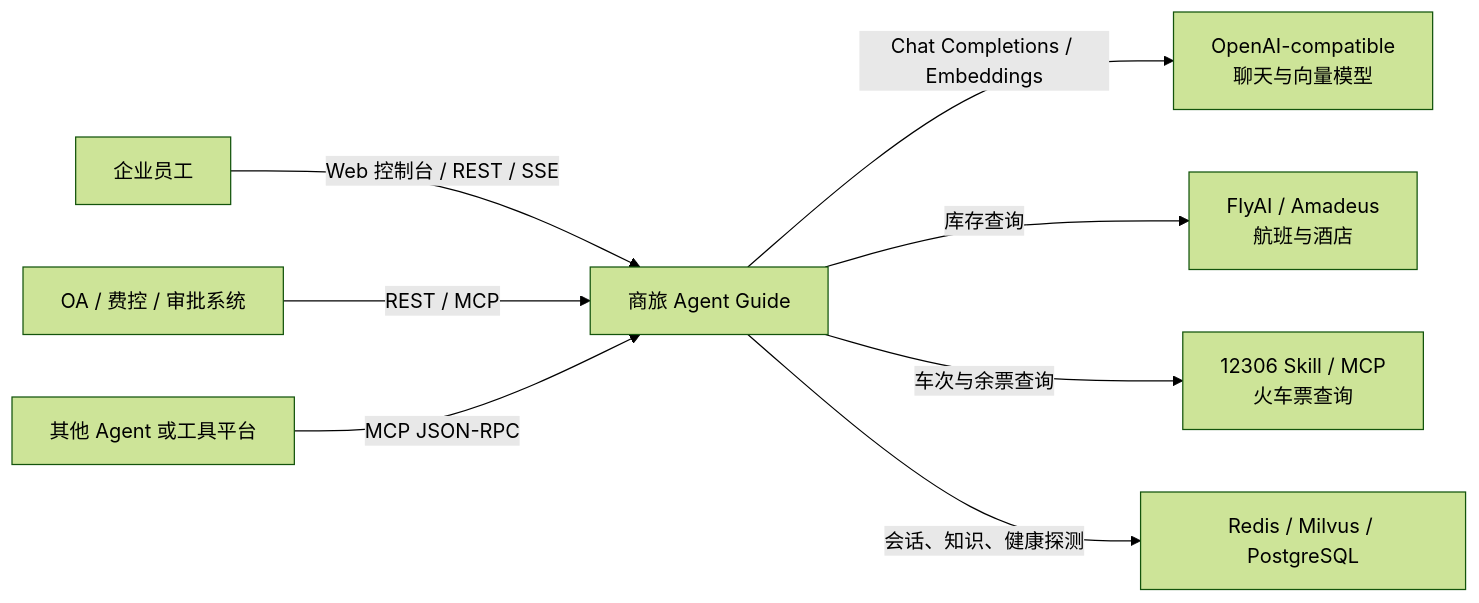
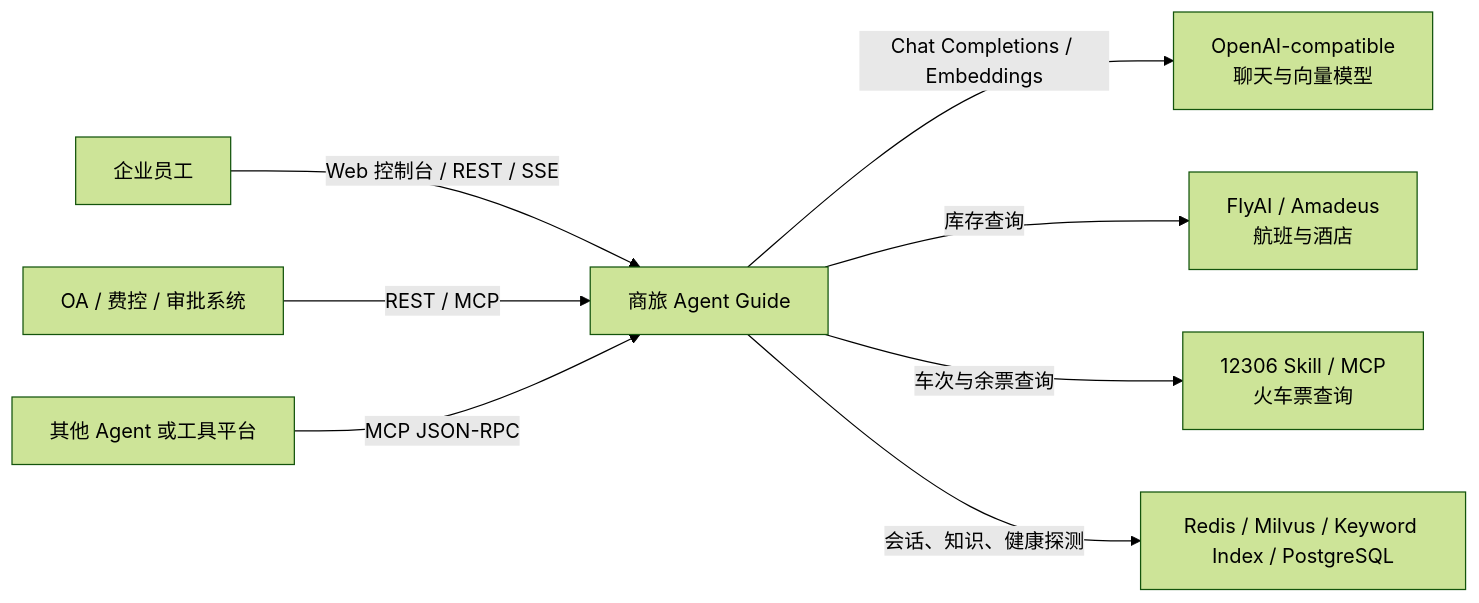
The first of 11 diagrams in docs/overall-design.md (wangyang-777/Multi-Agent-Business-Travel-Assistant-System), drawn with Mermaid (forest theme) before and after one commit. The commit also changed other lines of this file and 36 other files, not shown here.

````diff
--- a/docs/overall-design.md
+++ b/docs/overall-design.md
@@ -45,21 +45,21 @@
 ```mermaid
 flowchart LR
     Employee[企业员工]
     OA[OA / 费控 / 审批系统]
     AgentPlatform[其他 Agent 或工具平台]
 
     System[商旅 Agent Guide]
 
     LLM[OpenAI-compatible<br/>聊天与向量模型]
     FlightHotel[FlyAI / Amadeus<br/>航班与酒店]
     Railway[12306 Skill / MCP<br/>火车票查询]
-    Stores[Redis / Milvus / PostgreSQL]
+    Stores[Redis / Milvus / Keyword Index / PostgreSQL]
 
     Employee -->|Web 控制台 / REST / SSE| System
     OA -->|REST / MCP| System
     AgentPlatform -->|MCP JSON-RPC| System
     System -->|Chat Completions / Embeddings| LLM
     System -->|库存查询| FlightHotel
     System -->|车次与余票查询| Railway
     System -->|会话、知识、健康探测| Stores
 ```
````
